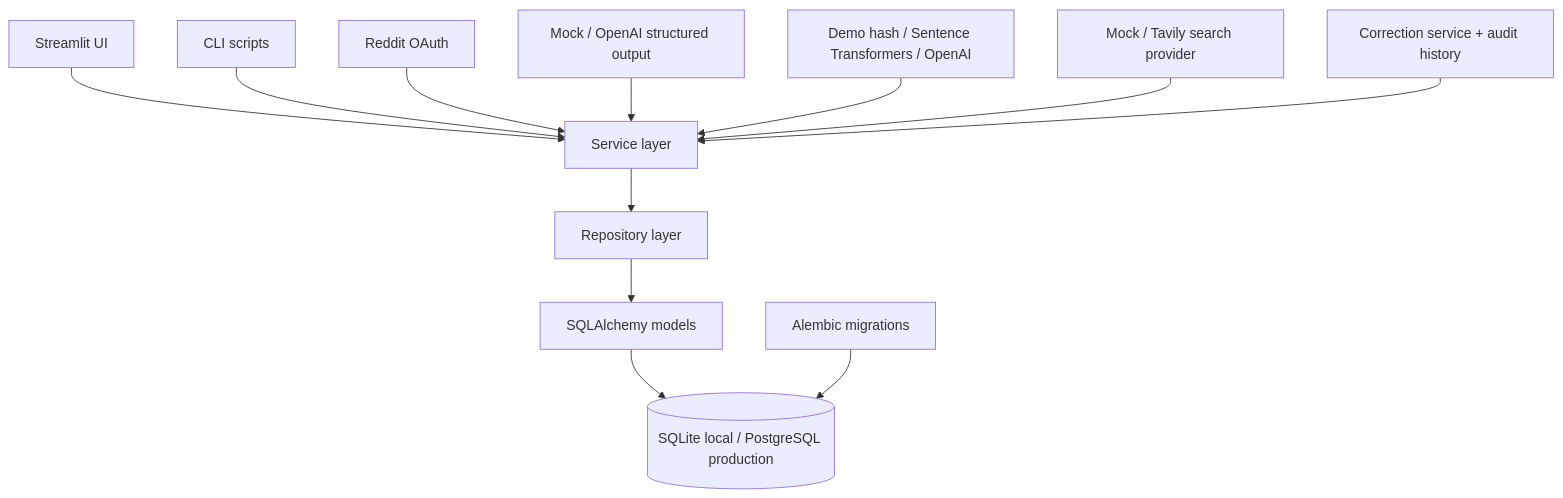
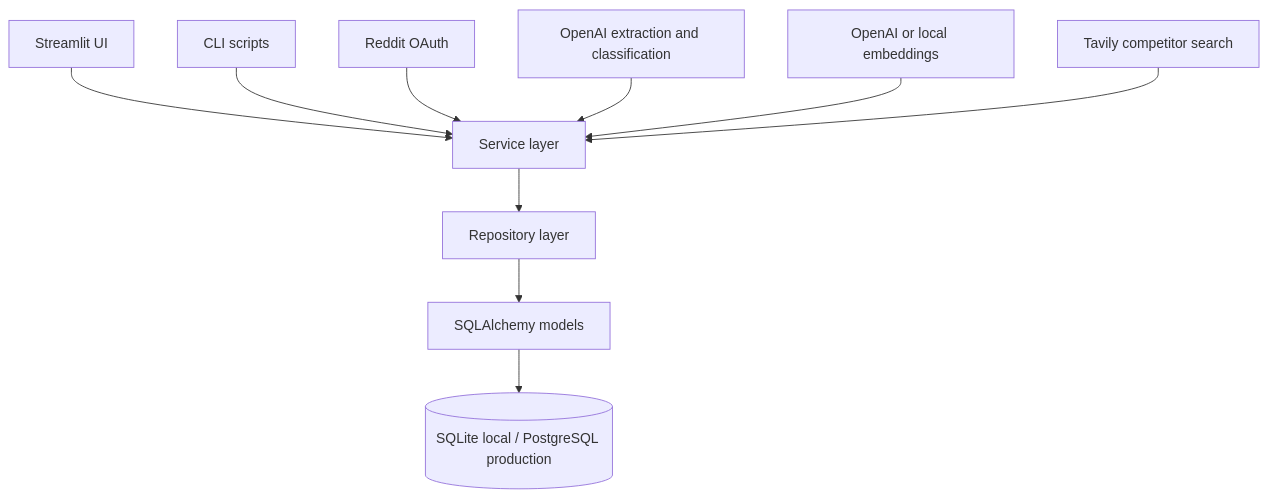
Before and after one commit to rayhanrinzan/InSift: the diagram in README.md, drawn with Mermaid. The commit also changed other lines of this file, not shown here.

````diff
--- a/README.md
+++ b/README.md
@@ -42,14 +345,12 @@
 ```mermaid
 flowchart TD
     UI[Streamlit UI] --> Services[Service layer]
     Scripts[CLI scripts] --> Services
     Services --> Repositories[Repository layer]
     Repositories --> Models[SQLAlchemy models]
     Models --> DB[(SQLite local / PostgreSQL production)]
-    Alembic[Alembic migrations] --> DB
     Reddit[Reddit OAuth] --> Services
-    Extractors[Mock / OpenAI structured output] --> Services
-    Embeddings[Demo hash / Sentence Transformers / OpenAI] --> Services
-    Search[Mock / Tavily search provider] --> Services
-    Corrections[Correction service + audit history] --> Services
+    OpenAI[OpenAI extraction and classification] --> Services
+    Embeddings[OpenAI or local embeddings] --> Services
+    Tavily[Tavily competitor search] --> Services
 ```
````
